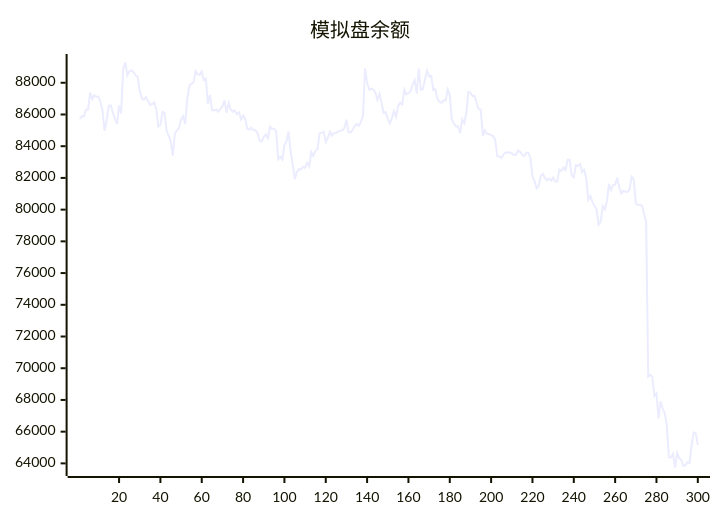
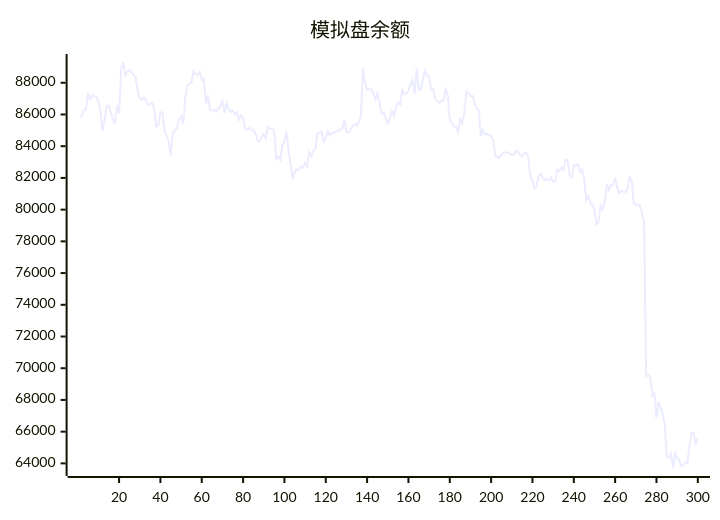
Before and after one commit to aahl/ai-trading: the diagram in README.md, drawn with Mermaid. The commit also changed other lines of this file and 1 other file, not shown here.

````diff
--- a/README.md
+++ b/README.md
@@ -5,5 +5,5 @@
 ```mermaid
 xychart
     title "模拟盘余额"
-    line [85721,85896,85880,86300,86299,87378,86965,87214,87115,87118,86780,86238,84966,85623,86555,86562,86129,85722,85387,86569,86070,88870,89278,88477,88720,88781,88668,88467,88372,87493,87018,86917,87102,86870,86613,86644,86758,86317,85242,85334,86149,86106,84968,84671,84302,83410,84816,85001,85127,85693,85891,85384,87001,87811,87945,88007,88734,88528,88495,88705,88189,88248,86662,87234,86279,86251,86314,86177,86364,86503,86886,86114,86731,86310,86176,86240,86017,86136,85685,85938,85749,85111,85044,85164,85016,85008,84824,84354,84287,84572,84745,84500,85234,85096,85095,84970,83180,83338,83157,84070,84309,84922,83667,82850,81924,82369,82552,82539,82695,82648,82962,82728,83619,83378,83710,83825,84819,84854,84917,84265,84527,84919,84668,84834,84850,84916,84981,85004,85131,85674,84891,84864,85019,85284,85393,85294,85538,85894,88904,88012,87567,87625,87568,87386,86920,87313,86737,86094,86143,85725,85437,85787,86219,85859,86526,86740,86630,87563,87264,87335,87483,87886,88180,87335,88894,87544,87608,88207,88755,88401,88444,87543,87608,87000,86810,86740,86894,86884,87576,87209,85686,85435,85251,85255,84820,85689,85453,86066,87420,87373,87161,87178,86740,86341,86315,84643,85012,84772,84768,84690,84635,84376,83360,83357,83259,83474,83608,83606,83602,83548,83440,83454,83724,83644,83464,83365,83590,83592,83275,82072,81806,81344,81492,82109,82254,82006,81848,81955,81829,82022,81769,81776,82522,82441,82656,82498,83144,83144,82150,82038,82797,82763,82872,82367,82536,81981,80612,80862,80484,80242,80034,79063,79245,80226,80016,80507,81625,81233,81544,81578,82016,81401,81019,81186,81130,81118,81306,82066,81909,80392,80304,80291,80258,79729,79261,69466,69579,69456,68251,68415,66832,67911,67462,67144,66432,64380,64375,64606,63740,64647,64324,64216,63842,63877,64078,64008,65156,65945,65888,65157]
+    line [85896,85880,86300,86299,87378,86965,87214,87115,87118,86780,86238,84966,85623,86555,86562,86129,85722,85387,86569,86070,88870,89278,88477,88720,88781,88668,88467,88372,87493,87018,86917,87102,86870,86613,86644,86758,86317,85242,85334,86149,86106,84968,84671,84302,83410,84816,85001,85127,85693,85891,85384,87001,87811,87945,88007,88734,88528,88495,88705,88189,88248,86662,87234,86279,86251,86314,86177,86364,86503,86886,86114,86731,86310,86176,86240,86017,86136,85685,85938,85749,85111,85044,85164,85016,85008,84824,84354,84287,84572,84745,84500,85234,85096,85095,84970,83180,83338,83157,84070,84309,84922,83667,82850,81924,82369,82552,82539,82695,82648,82962,82728,83619,83378,83710,83825,84819,84854,84917,84265,84527,84919,84668,84834,84850,84916,84981,85004,85131,85674,84891,84864,85019,85284,85393,85294,85538,85894,88904,88012,87567,87625,87568,87386,86920,87313,86737,86094,86143,85725,85437,85787,86219,85859,86526,86740,86630,87563,87264,87335,87483,87886,88180,87335,88894,87544,87608,88207,88755,88401,88444,87543,87608,87000,86810,86740,86894,86884,87576,87209,85686,85435,85251,85255,84820,85689,85453,86066,87420,87373,87161,87178,86740,86341,86315,84643,85012,84772,84768,84690,84635,84376,83360,83357,83259,83474,83608,83606,83602,83548,83440,83454,83724,83644,83464,83365,83590,83592,83275,82072,81806,81344,81492,82109,82254,82006,81848,81955,81829,82022,81769,81776,82522,82441,82656,82498,83144,83144,82150,82038,82797,82763,82872,82367,82536,81981,80612,80862,80484,80242,80034,79063,79245,80226,80016,80507,81625,81233,81544,81578,82016,81401,81019,81186,81130,81118,81306,82066,81909,80392,80304,80291,80258,79729,79261,69466,69579,69456,68251,68415,66832,67911,67462,67144,66432,64380,64375,64606,63740,64647,64324,64216,63842,63877,64078,64008,65156,65945,65888,65157,65625]
 ```
````
